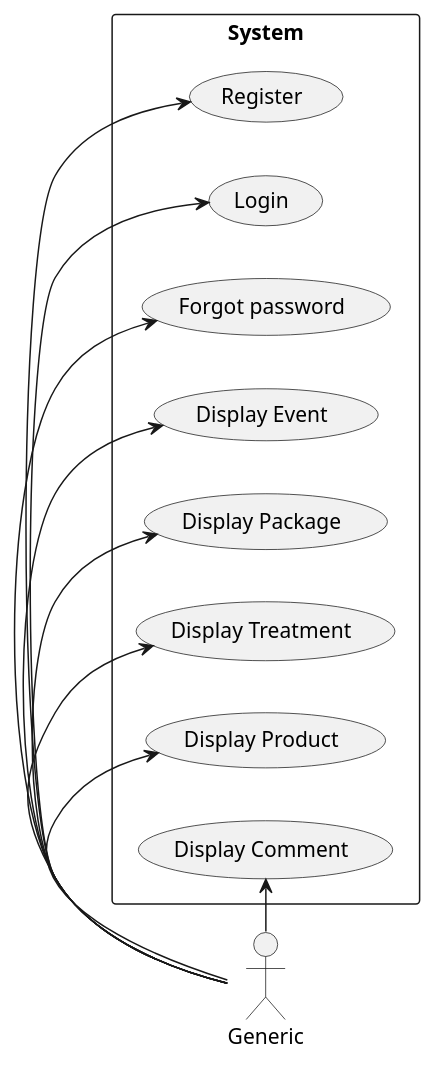
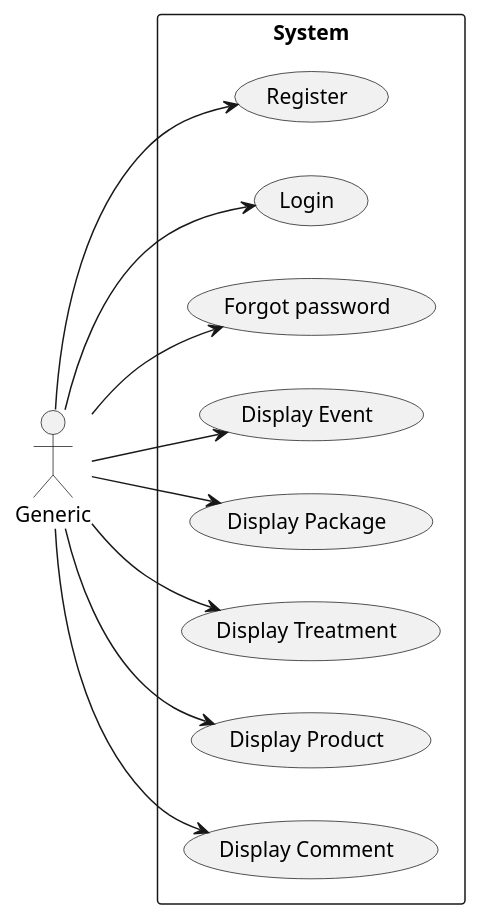
The diagram in Diagrams/UseCase/BeautyLineUseCaseGeneric.puml (AlfonsoCiampa/beautyline), drawn with PlantUML before and after one commit. The commit also changed 9 other files, not shown here.

```diff
--- a/Diagrams/UseCase/BeautyLineUseCaseGeneric.puml
+++ b/Diagrams/UseCase/BeautyLineUseCaseGeneric.puml
@@ -1,16 +1,16 @@
 @startuml
 left to right direction
 actor "Generic"
 
 
 rectangle System{
-	Generic -> (Register)
-	Generic -> (Login)
-	Generic -> (Forgot password)
-	Generic -> (Display Event)
-	Generic -> (Display Package)
-	Generic -> (Display Treatment)
-	Generic -> (Display Product)
-	Generic -> (Display Comment)
+	Generic -down-> (Register)
+	Generic -down-> (Login)
+	Generic -down-> (Forgot password)
+	Generic -down-> (Display Event)
+	Generic -down-> (Display Package)
+	Generic -down-> (Display Treatment)
+	Generic -down-> (Display Product)
+	Generic -down-> (Display Comment)
 }
 @enduml
```
